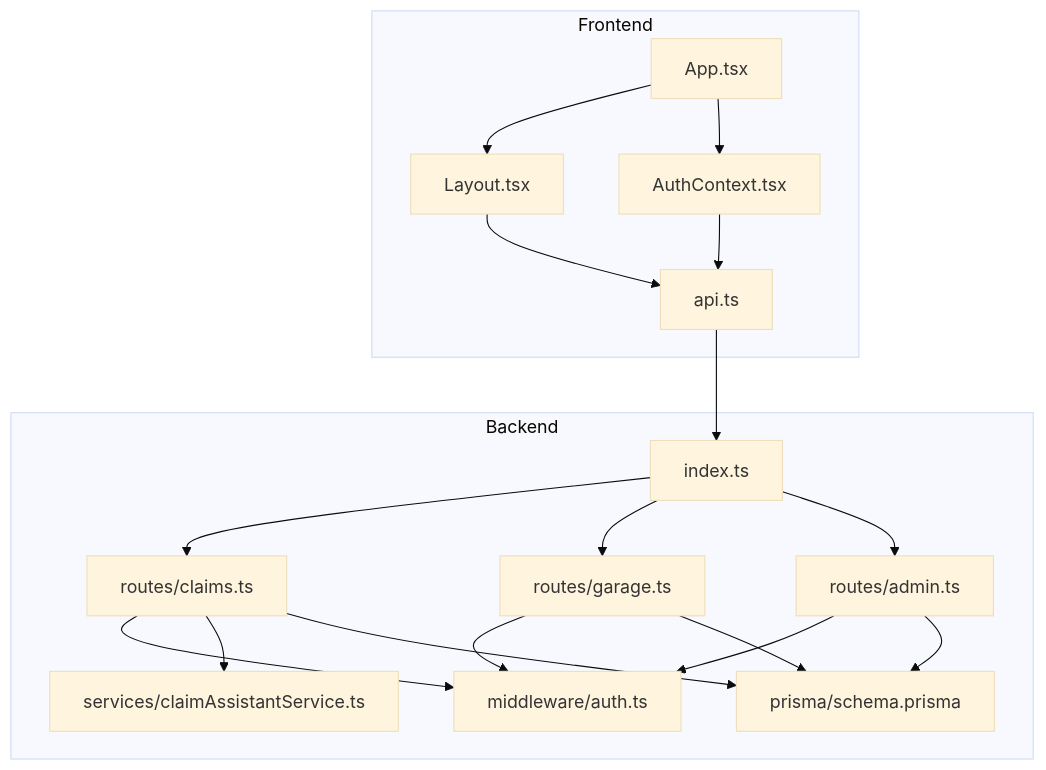
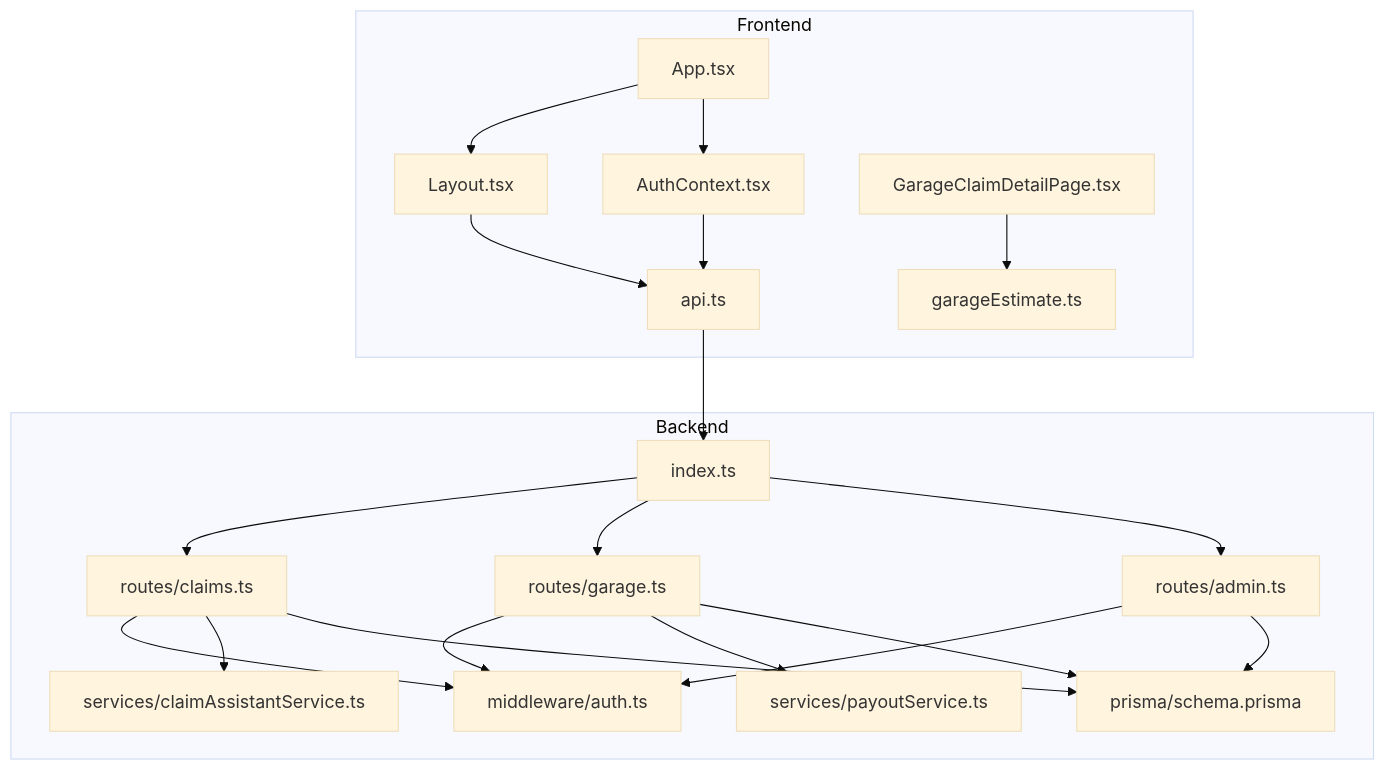
Before and after one commit to NaveenHiranya/Smart-Vehicle-Insurance-Claim-System: the first of 10 diagrams in .qoder/repowiki/en/content/Backend Documentation/Garage Management System.md, drawn with Mermaid (base theme). The commit also changed other lines of this file and 38 other files, not shown here.

Commit message:
update: Estimate (garage) added days changing

````diff
--- a/.qoder/repowiki/en/content/Backend Documentation/Garage Management System.md
+++ b/.qoder/repowiki/en/content/Backend Documentation/Garage Management System.md
@@ -39,33 +51,38 @@
 ```mermaid
 graph TB
 subgraph "Frontend"
 FE_App["App.tsx"]
 FE_Layout["Layout.tsx"]
 FE_Auth["AuthContext.tsx"]
 FE_API["api.ts"]
+FE_GarageUI["GarageClaimDetailPage.tsx"]
+FE_EstimateUtils["garageEstimate.ts"]
 end
 subgraph "Backend"
 BE_Index["index.ts"]
 BE_Routes_Claims["routes/claims.ts"]
 BE_Routes_Garage["routes/garage.ts"]
 BE_Routes_Admin["routes/admin.ts"]
 BE_Middleware_Auth["middleware/auth.ts"]
 BE_Service_Chat["services/claimAssistantService.ts"]
+BE_Service_Payout["services/payoutService.ts"]
 BE_Schema["prisma/schema.prisma"]
 end
 FE_App --> FE_Layout
 FE_App --> FE_Auth
 FE_Layout --> FE_API
 FE_Auth --> FE_API
+FE_GarageUI --> FE_EstimateUtils
 FE_API --> BE_Index
 BE_Index --> BE_Routes_Claims
 BE_Index --> BE_Routes_Garage
 BE_Index --> BE_Routes_Admin
 BE_Routes_Claims --> BE_Middleware_Auth
 BE_Routes_Garage --> BE_Middleware_Auth
 BE_Routes_Admin --> BE_Middleware_Auth
 BE_Routes_Claims --> BE_Service_Chat
+BE_Routes_Garage --> BE_Service_Payout
 BE_Routes_Claims --> BE_Schema
 BE_Routes_Garage --> BE_Schema
 BE_Routes_Admin --> BE_Schema
 ```
````
